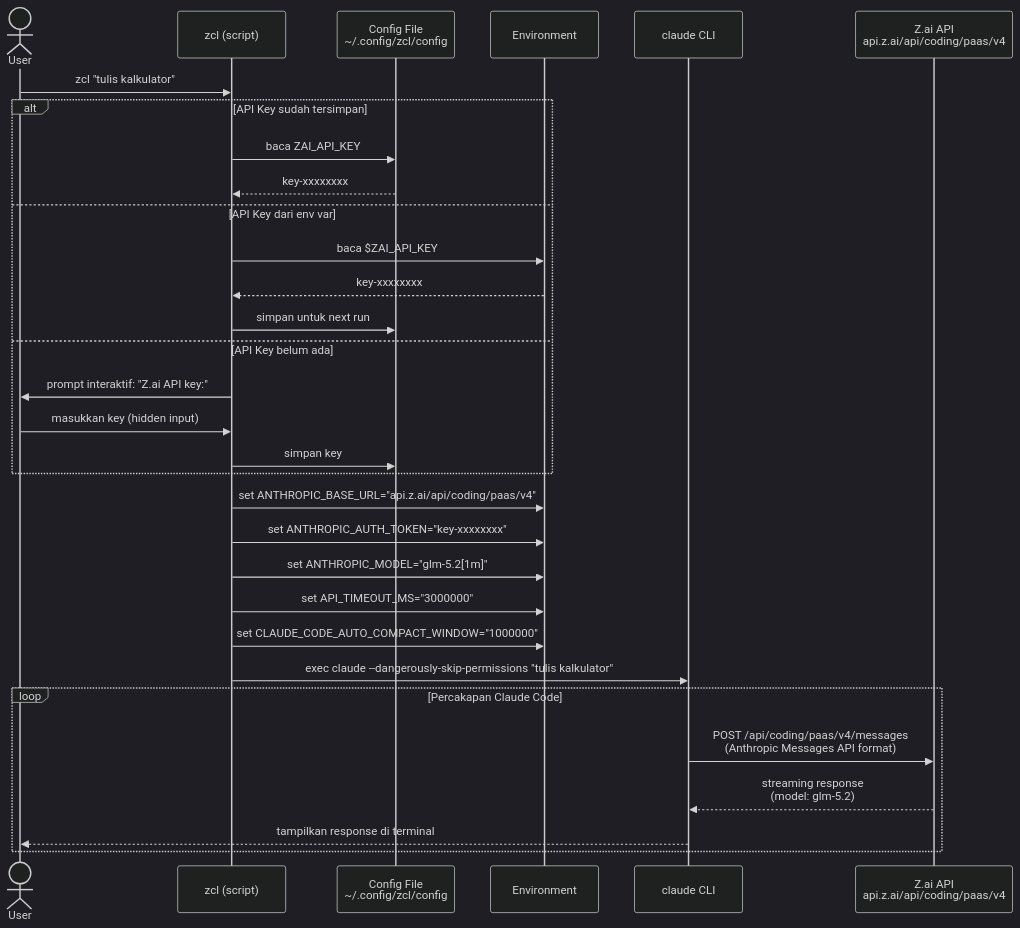
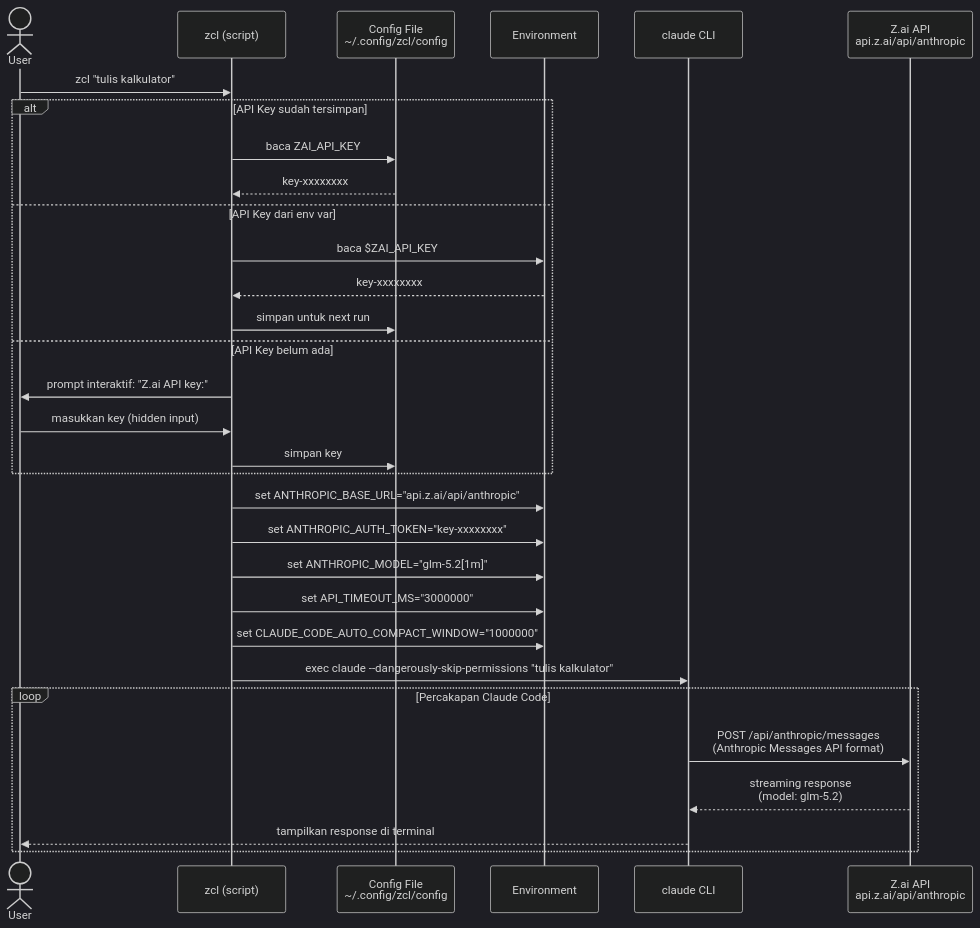
Before and after one commit to Muhira007/z-ai-claude: the second of 6 diagrams in README.md, drawn with Mermaid (dark theme). The commit also changed other lines of this file and 3 other files, not shown here.

````diff
--- a/README.md
+++ b/README.md
@@ -119,38 +119,38 @@
 ```mermaid
 sequenceDiagram
     actor U as User
     participant ZC as zcl (script)
     participant CF as Config File<br/>~/.config/zcl/config
     participant ENV as Environment
     participant CC as claude CLI
-    participant ZAI as Z.ai API<br/>api.z.ai/api/coding/paas/v4
+    participant ZAI as Z.ai API<br/>api.z.ai/api/anthropic
 
     U->>ZC: zcl "tulis kalkulator"
 
     alt API Key sudah tersimpan
         ZC->>CF: baca ZAI_API_KEY
         CF-->>ZC: key-xxxxxxxx
     else API Key dari env var
         ZC->>ENV: baca $ZAI_API_KEY
         ENV-->>ZC: key-xxxxxxxx
         ZC->>CF: simpan untuk next run
     else API Key belum ada
         ZC->>U: prompt interaktif: "Z.ai API key:"
         U->>ZC: masukkan key (hidden input)
         ZC->>CF: simpan key
     end
 
-    ZC->>ENV: set ANTHROPIC_BASE_URL="api.z.ai/api/coding/paas/v4"
+    ZC->>ENV: set ANTHROPIC_BASE_URL="api.z.ai/api/anthropic"
     ZC->>ENV: set ANTHROPIC_AUTH_TOKEN="key-xxxxxxxx"
     ZC->>ENV: set ANTHROPIC_MODEL="glm-5.2[1m]"
     ZC->>ENV: set API_TIMEOUT_MS="3000000"
     ZC->>ENV: set CLAUDE_CODE_AUTO_COMPACT_WINDOW="1000000"
 
     ZC->>CC: exec claude --dangerously-skip-permissions "tulis kalkulator"
 
     loop Percakapan Claude Code
-        CC->>ZAI: POST /api/coding/paas/v4/messages<br/>(Anthropic Messages API format)
+        CC->>ZAI: POST /api/anthropic/messages<br/>(Anthropic Messages API format)
         ZAI-->>CC: streaming response<br/>(model: glm-5.2)
         CC-->>U: tampilkan response di terminal
     end
 ```
````
